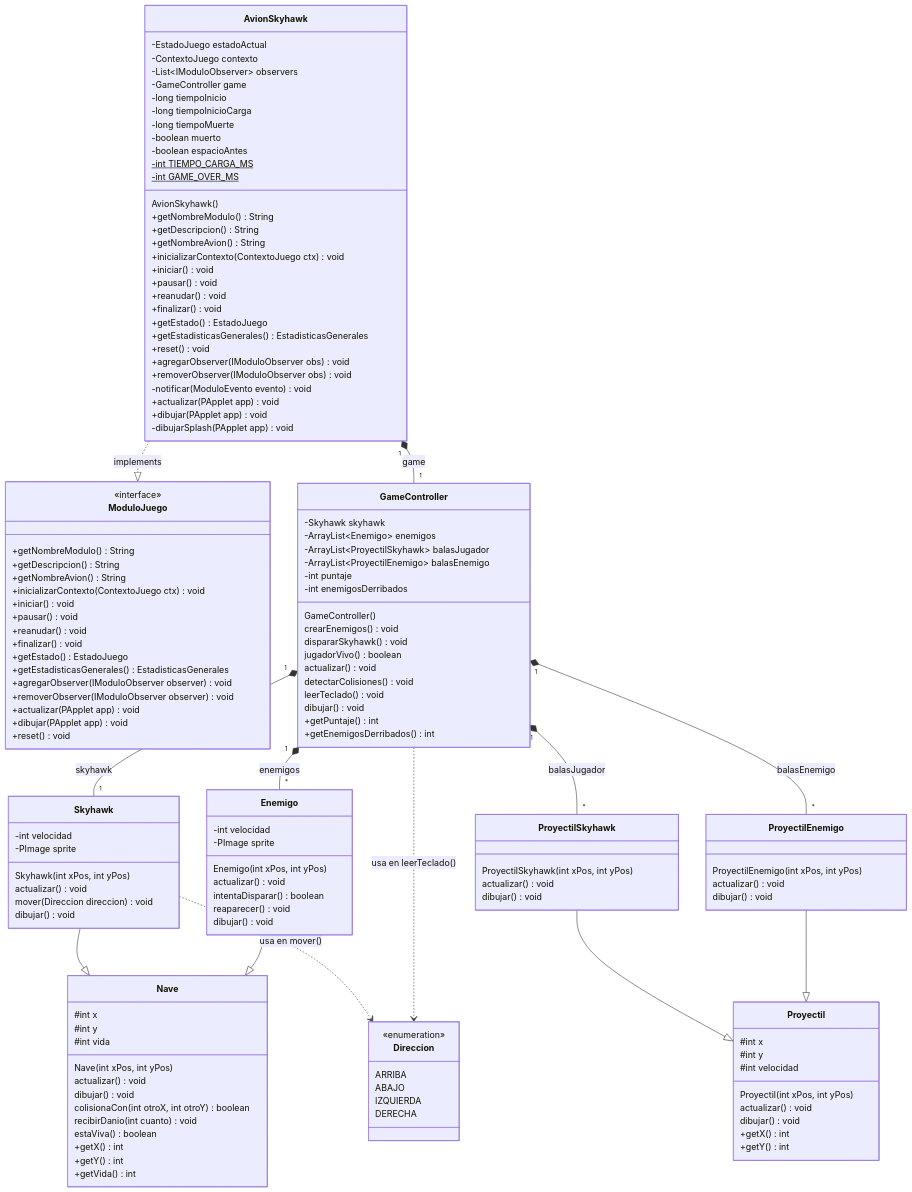
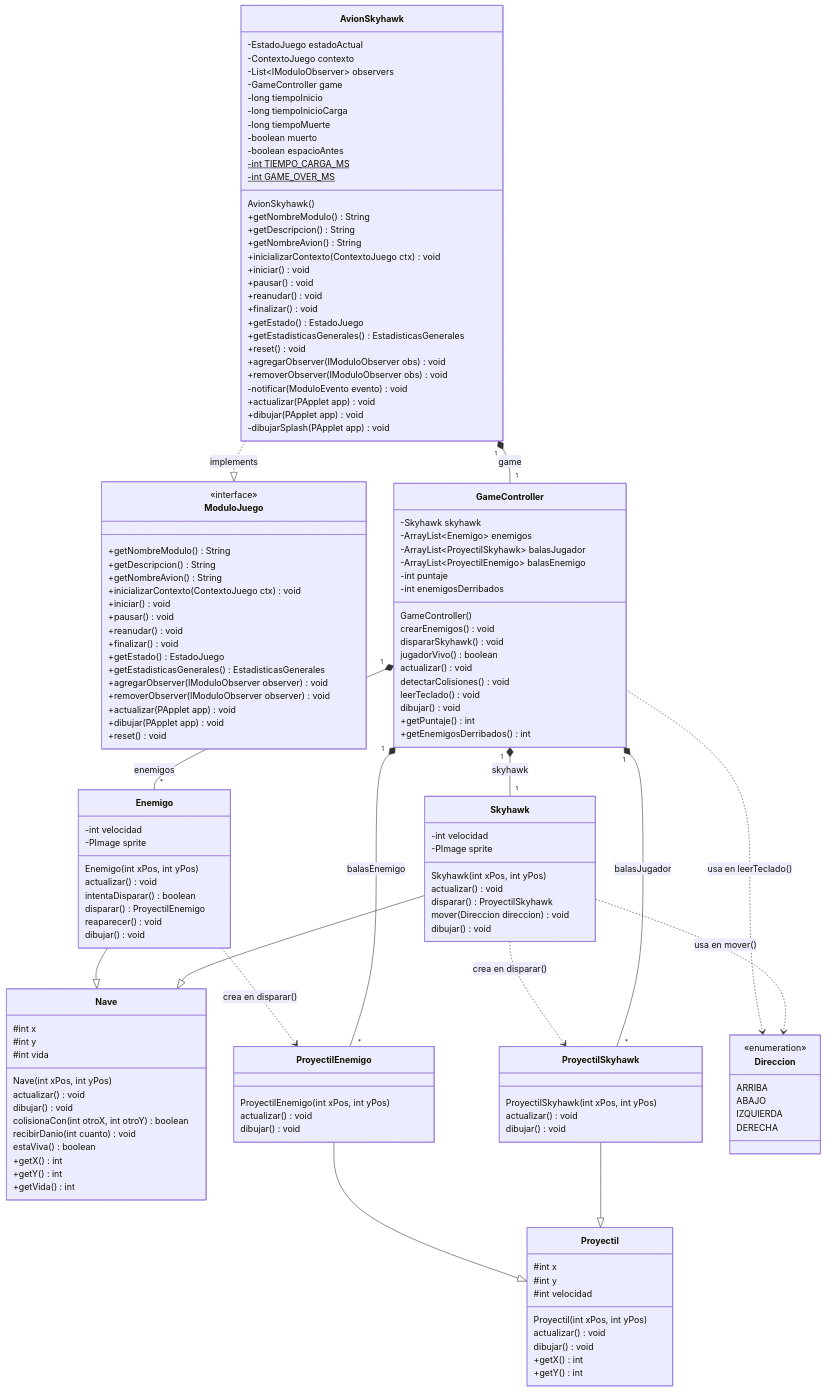
One commit to chiaraarego/Grupo-2---Skyhawk changed the diagram in Diagramas/DiagramaClases_Skyhawk.md. Above: the diagram before and after it, drawn with Mermaid. The commit also changed 4 other files, not shown here.

First line of the commit message:
Actualizar diagramas y ajustes del modulo Skyhawk

````diff
--- a/Diagramas/DiagramaClases_Skyhawk.md
+++ b/Diagramas/DiagramaClases_Skyhawk.md
@@ -110,6 +110,7 @@
         -PImage sprite
         Skyhawk(int xPos, int yPos)
         actualizar() void
+        disparar() ProyectilSkyhawk
         mover(Direccion direccion) void
         dibujar() void
     }
@@ -120,6 +121,7 @@
         Enemigo(int xPos, int yPos)
         actualizar() void
         intentaDisparar() boolean
+        disparar() ProyectilEnemigo
         reaparecer() void
         dibujar() void
     }
@@ -172,5 +174,7 @@
     GameController "1" *-- "*" ProyectilEnemigo : balasEnemigo
 
     Skyhawk ..> Direccion : usa en mover()
+    Skyhawk ..> ProyectilSkyhawk : crea en disparar()
+    Enemigo ..> ProyectilEnemigo : crea en disparar()
     GameController ..> Direccion : usa en leerTeclado()
 ```
````
